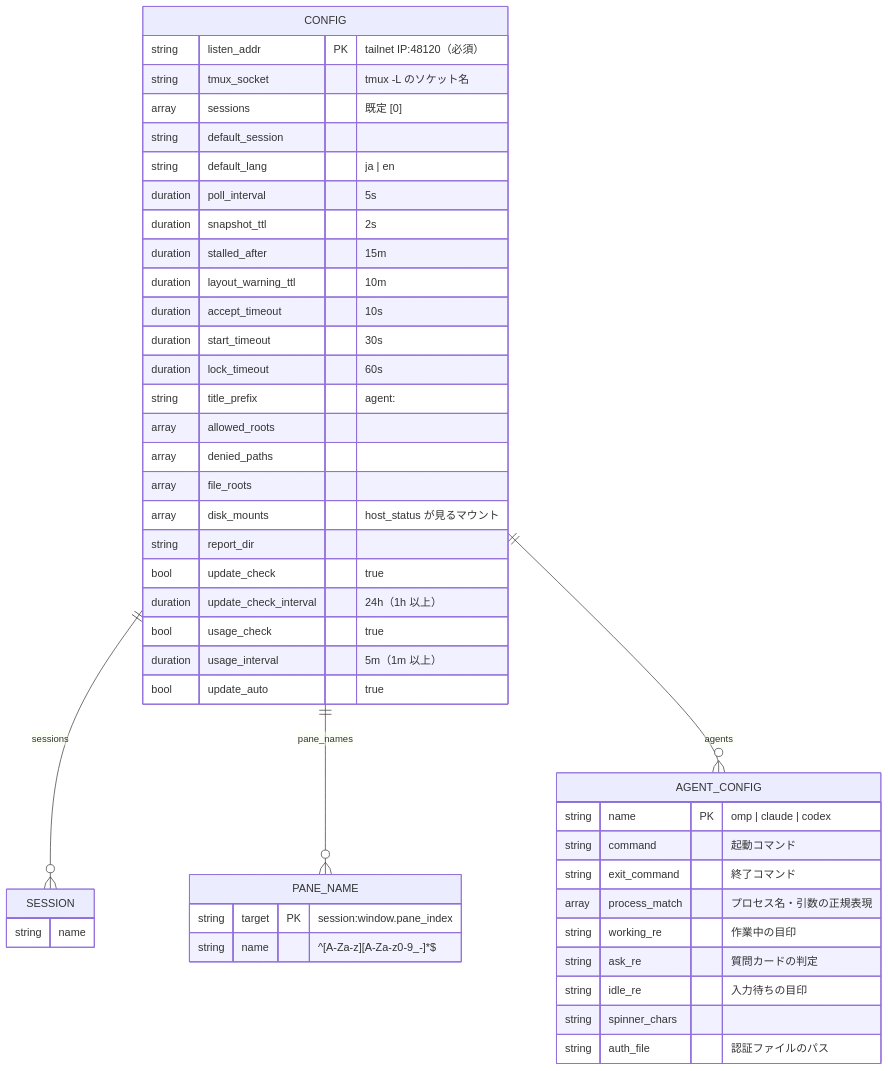
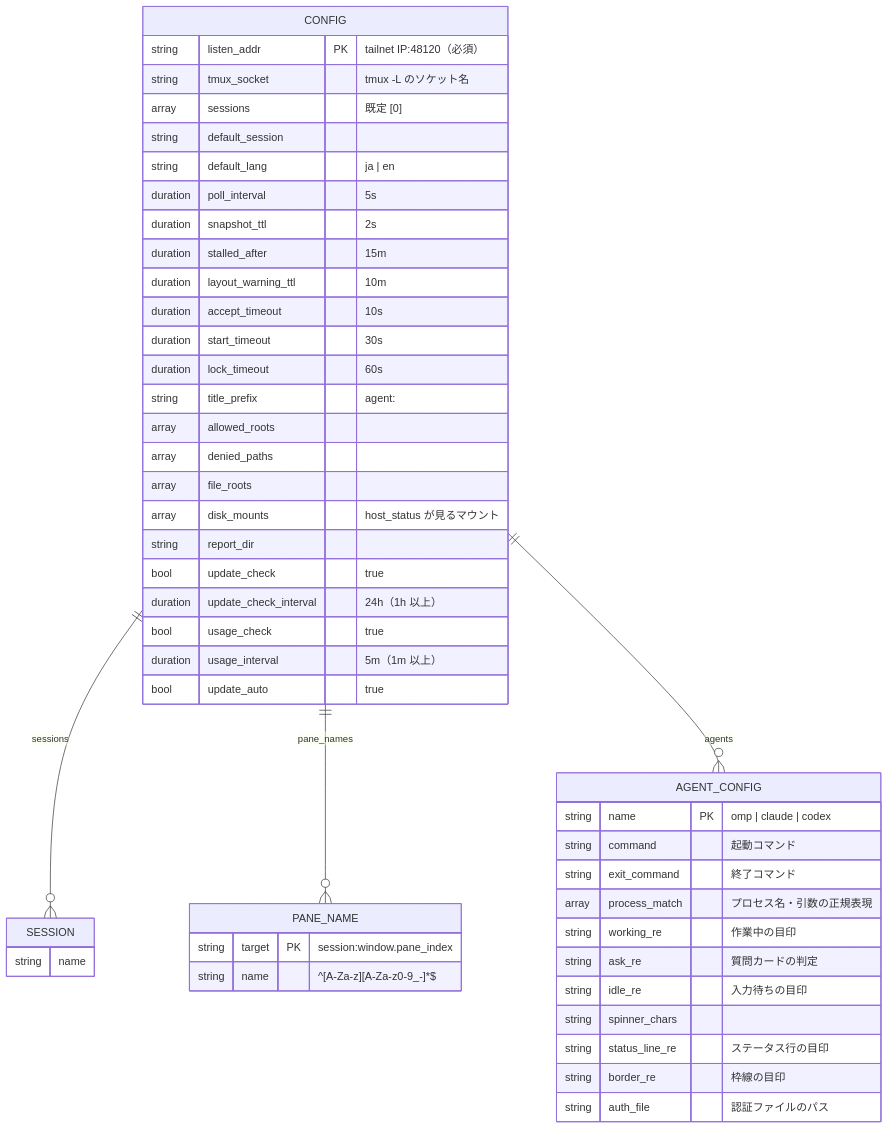
Before and after one commit to ousiassllc/swarm-console: the first of 2 diagrams in docs/architecture/er-config.md, drawn with Mermaid. The commit also changed other lines of this file and 1 other file, not shown here.

````diff
--- a/docs/architecture/er-config.md
+++ b/docs/architecture/er-config.md
@@ -9,50 +9,52 @@
 ```mermaid
 erDiagram
     CONFIG ||--o{ SESSION : "sessions"
     CONFIG ||--o{ PANE_NAME : "pane_names"
     CONFIG ||--o{ AGENT_CONFIG : "agents"
 
     CONFIG {
         string listen_addr PK "tailnet IP:48120（必須）"
         string tmux_socket "tmux -L のソケット名"
         array sessions "既定 [0]"
         string default_session
         string default_lang "ja | en"
         duration poll_interval "5s"
         duration snapshot_ttl "2s"
         duration stalled_after "15m"
         duration layout_warning_ttl "10m"
         duration accept_timeout "10s"
         duration start_timeout "30s"
         duration lock_timeout "60s"
         string title_prefix "agent: "
         array allowed_roots
         array denied_paths
         array file_roots
         array disk_mounts "host_status が見るマウント"
         string report_dir
         bool update_check "true"
         duration update_check_interval "24h（1h 以上）"
         bool usage_check "true"
         duration usage_interval "5m（1m 以上）"
         bool update_auto "true"
     }
     SESSION {
         string name
     }
     PANE_NAME {
         string target PK "session:window.pane_index"
         string name "^[A-Za-z][A-Za-z0-9_-]*$"
     }
     AGENT_CONFIG {
         string name PK "omp | claude | codex"
         string command "起動コマンド"
         string exit_command "終了コマンド"
         array process_match "プロセス名・引数の正規表現"
         string working_re "作業中の目印"
         string ask_re "質問カードの判定"
         string idle_re "入力待ちの目印"
         string spinner_chars
+        string status_line_re "ステータス行の目印"
+        string border_re "枠線の目印"
         string auth_file "認証ファイルのパス"
     }
 ```
````
